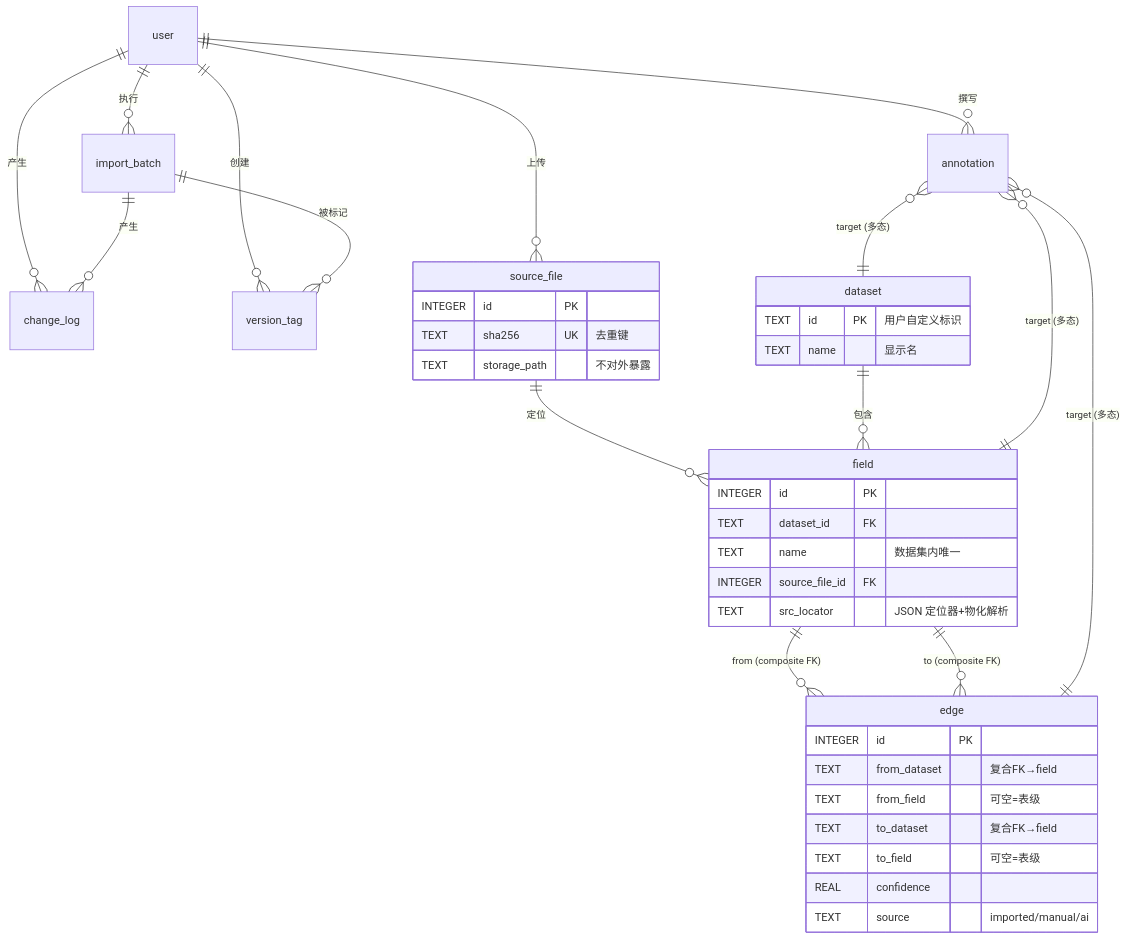
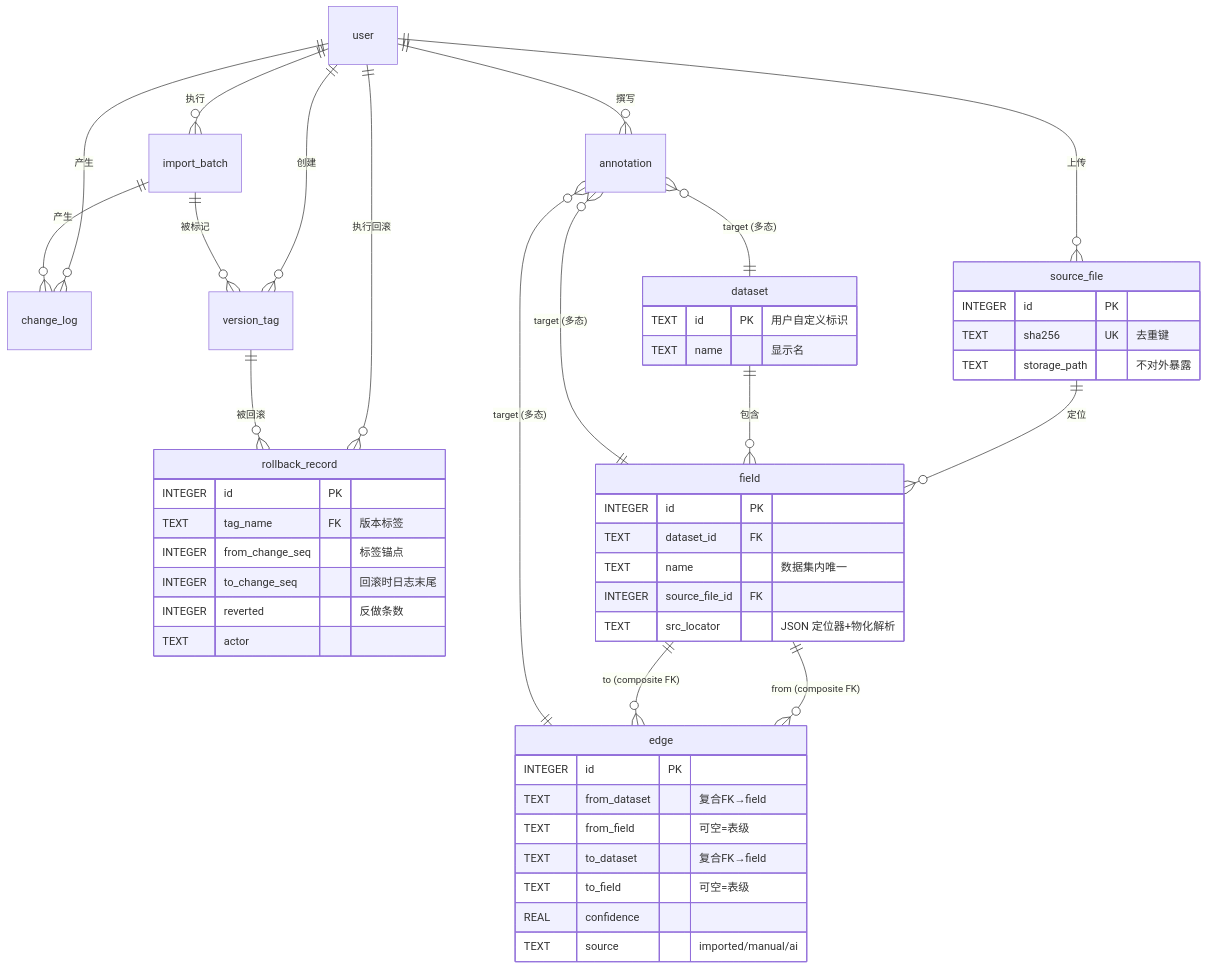
One commit to Mylifeforrent/ai-lineage changed the diagram in docs/01_design/轻量级AI血缘工具-数据模型.md. Above: the diagram before and after it, drawn with Mermaid. The commit also changed other lines of this file and 50 other files, not shown here.

````diff
--- a/docs/01_design/轻量级AI血缘工具-数据模型.md
+++ b/docs/01_design/轻量级AI血缘工具-数据模型.md
@@ -11,43 +11,53 @@
 ```mermaid
 erDiagram
     user ||--o{ import_batch : "执行"
     user ||--o{ change_log : "产生"
     user ||--o{ annotation : "撰写"
     user ||--o{ version_tag : "创建"
+    user ||--o{ rollback_record : "执行回滚"
     user ||--o{ source_file : "上传"
     source_file ||--o{ field : "定位"
     dataset ||--o{ field : "包含"
     field ||--o{ edge : "from (composite FK)"
     field ||--o{ edge : "to (composite FK)"
     import_batch ||--o{ change_log : "产生"
     import_batch ||--o{ version_tag : "被标记"
+    version_tag ||--o{ rollback_record : "被回滚"
     annotation }o--|| dataset : "target (多态)"
     annotation }o--|| field : "target (多态)"
     annotation }o--|| edge : "target (多态)"
 
     dataset {
         TEXT id PK "用户自定义标识"
         TEXT name "显示名"
     }
     field {
         INTEGER id PK
         TEXT dataset_id FK
         TEXT name "数据集内唯一"
         INTEGER source_file_id FK
         TEXT src_locator "JSON 定位器+物化解析"
     }
     edge {
         INTEGER id PK
         TEXT from_dataset "复合FK→field"
         TEXT from_field "可空=表级"
         TEXT to_dataset "复合FK→field"
         TEXT to_field "可空=表级"
         REAL confidence
         TEXT source "imported/manual/ai"
     }
     source_file {
         INTEGER id PK
         TEXT sha256 UK "去重键"
         TEXT storage_path "不对外暴露"
     }
+    rollback_record {
+        INTEGER id PK
+        TEXT tag_name FK "版本标签"
+        INTEGER from_change_seq "标签锚点"
+        INTEGER to_change_seq "回滚时日志末尾"
+        INTEGER reverted "反做条数"
+        TEXT actor
+    }
 ```
````
